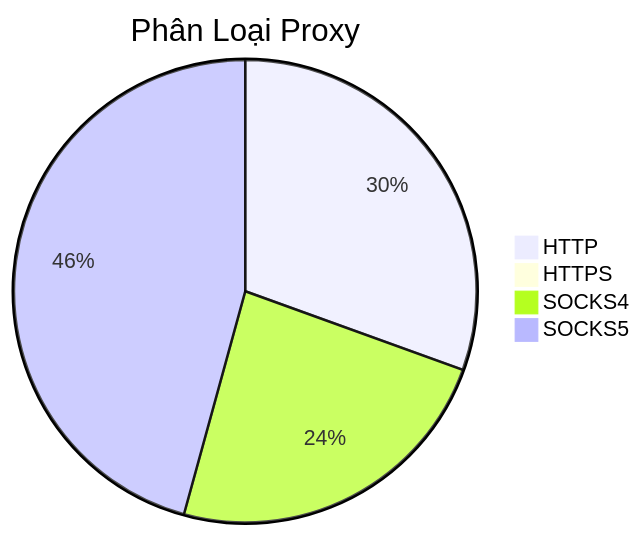
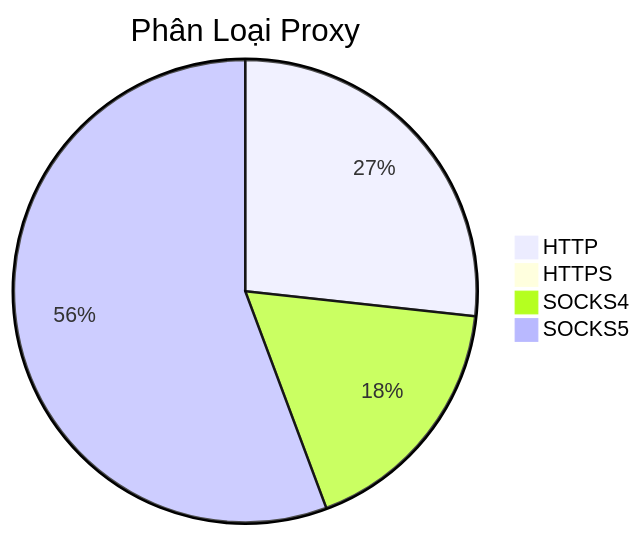
One commit to Ciara-12/PROXY-free changed the diagram in README.md. Above: the diagram before and after it, drawn with Mermaid. The commit also changed other lines of this file and 4 other files, not shown here.

````diff
--- a/README.md
+++ b/README.md
@@ -26,7 +26,7 @@
 ```mermaid
 pie title Phân Loại Proxy
-    "HTTP" : 618
-    "HTTPS" : 4
-    "SOCKS4" : 481
-    "SOCKS5" : 926
+    "HTTP" : 643
+    "HTTPS" : 1
+    "SOCKS4" : 423
+    "SOCKS5" : 1340
 ```
````
